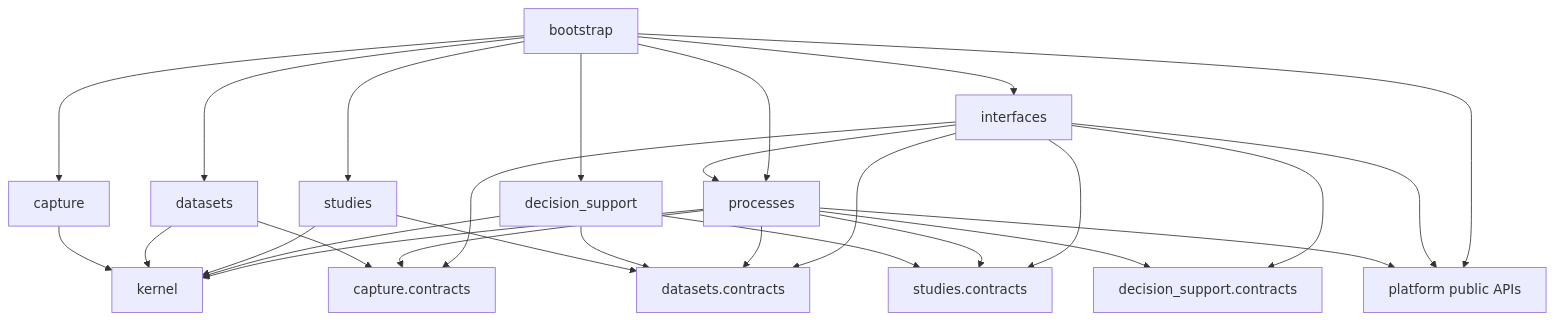
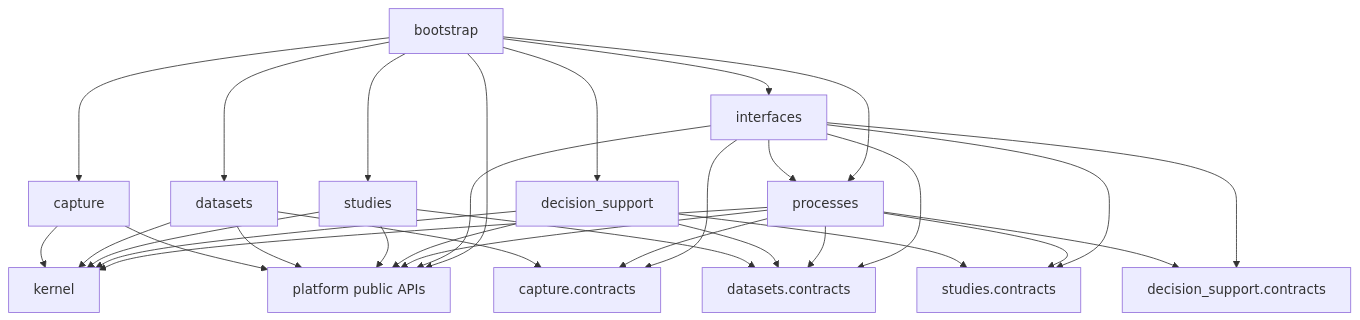
The first of 7 diagrams in openspec/changes/restructure-trade-architecture-v1/design.md (huanwei1208/trade), drawn with Mermaid before and after one commit. The commit also changed other lines of this file and 9 other files, not shown here.

First line of the commit message:
docs(architecture): finalize trade review resolutions

````diff
--- a/openspec/changes/restructure-trade-architecture-v1/design.md
+++ b/openspec/changes/restructure-trade-architecture-v1/design.md
@@ -639,45 +662,49 @@
 ```mermaid
 graph TD
   K[kernel]
   Cc[capture.contracts]
   Dc[datasets.contracts]
   Sc[studies.contracts]
   DSc[decision_support.contracts]
 
   C[capture]
   D[datasets]
   S[studies]
   DS[decision_support]
   P[processes]
   PL[platform public APIs]
   I[interfaces]
   B[bootstrap]
 
   C --> K
+  C --> PL
   D --> K
   D --> Cc
+  D --> PL
   S --> K
   S --> Dc
+  S --> PL
   DS --> K
   DS --> Dc
   DS --> Sc
+  DS --> PL
   P --> K
   P --> Cc
   P --> Dc
   P --> Sc
   P --> DSc
   P --> PL
   I --> Cc
   I --> Dc
   I --> Sc
   I --> DSc
   I --> P
   I --> PL
   B --> C
   B --> D
   B --> S
   B --> DS
   B --> P
   B --> PL
   B --> I
 ```
````
